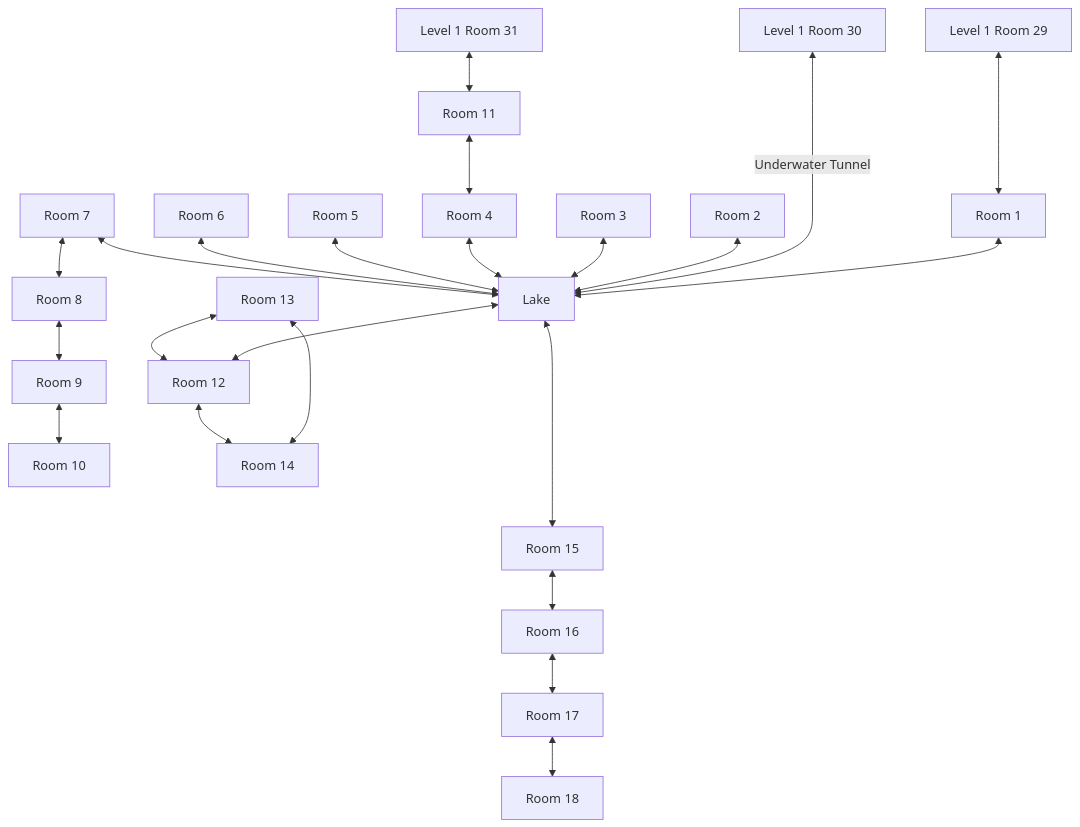
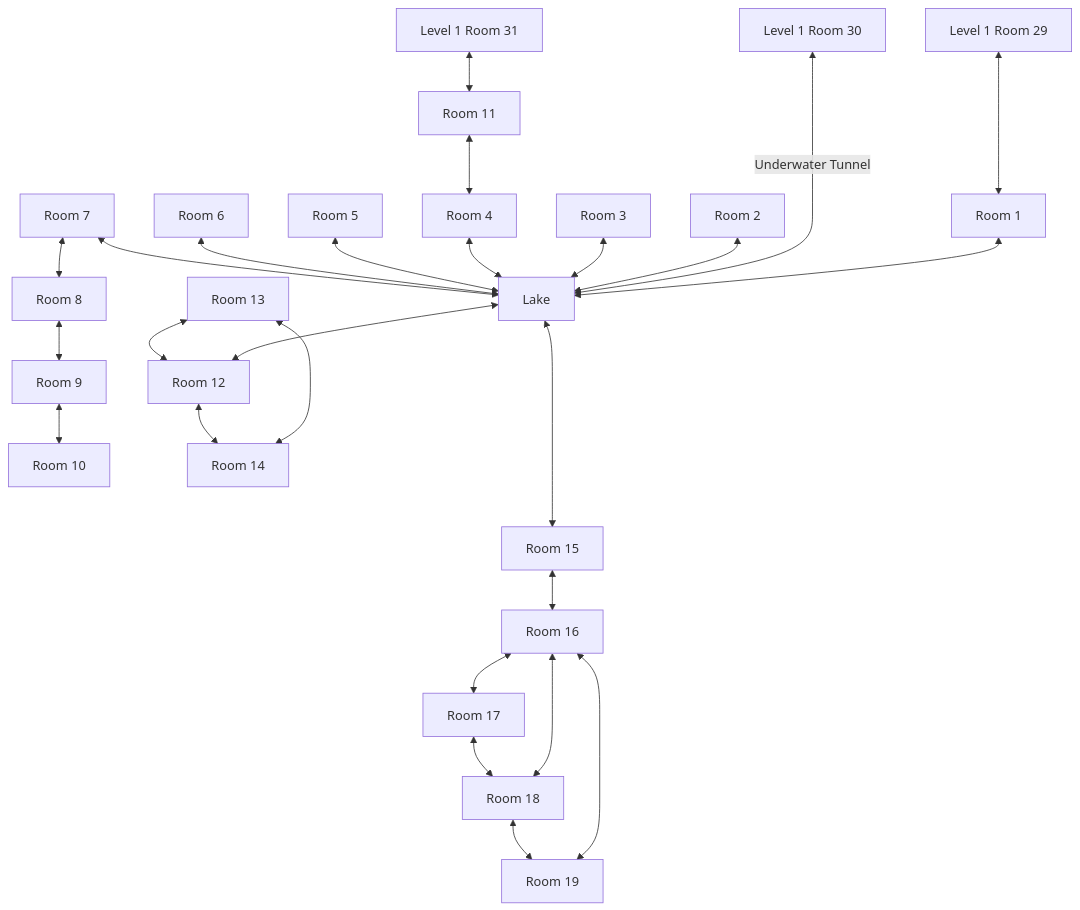
Before and after one commit to SlothBorg/Dungeon23: the diagram in Dungeon/Level_02/README.md, drawn with Mermaid. The commit also changed 8 other files, not shown here.

````diff
--- a/Dungeon/Level_02/README.md
+++ b/Dungeon/Level_02/README.md
@@ -3,25 +3,28 @@
 ```mermaid
 flowchart TD
     A29[Level 1 Room 29] <---> B1[Room 1]
     B1 <--> La[Lake]
     A30[Level 1 Room 30] <-- Underwater Tunnel ----> La
     B2[Room 2] <--> La
     B3[Room 3] <--> La
     B4[Room 4] <--> La
     B5[Room 5] <--> La
     B6[Room 6] <--> La
     B7[Room 7] <--> La
     B7 <--> B8[Room 8]
     B8 <--> B9[Room 9]
     B9 <--> B10[Room 10]
     A31[Level 1 Room 31] <--> B11[Room 11] <--> B4
     La <--> B12[Room 12]
     B13[Room 13] <--> B12
     B13 <--> B14[Room 14]
     B12 <--> B14
     La <----> B15[Room 15]
     B15 <--> B16[Room 16]
     B16 <--> B17[Room 17]
-    B17 <--> B18[Room 18]
+    B16 <--> B18[Room 18]
+    B17 <--> B18
+    B16 <--> B19[Room 19]
+    B18 <--> B19
     
 ```
````
